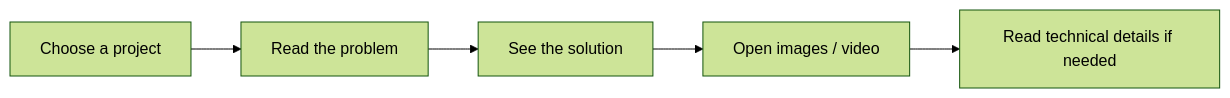
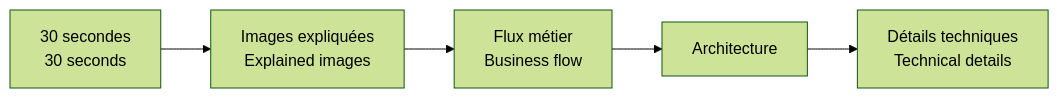
One commit to jeffersonkuku/jefferson-Mawapanga-Saku changed the diagram in projects/README.md. Above: the diagram before and after it, drawn with Mermaid (forest theme). The commit also changed other lines of this file and 1 other file, not shown here.

Commit message:
Rebuild Power Platform landing pages with paired bilingual project cards

````diff
--- a/projects/README.md
+++ b/projects/README.md
@@ -34,7 +12,7 @@
 ```mermaid
 flowchart LR
-    A[Choose a project] --> B[Read the problem]
-    B --> C[See the solution]
-    C --> D[Open images / video]
-    D --> E[Read technical details if needed]
+    A[30 secondes<br/>30 seconds] --> B[Images expliquées<br/>Explained images]
+    B --> C[Flux métier<br/>Business flow]
+    C --> D[Architecture]
+    D --> E[Détails techniques<br/>Technical details]
 ```
````
